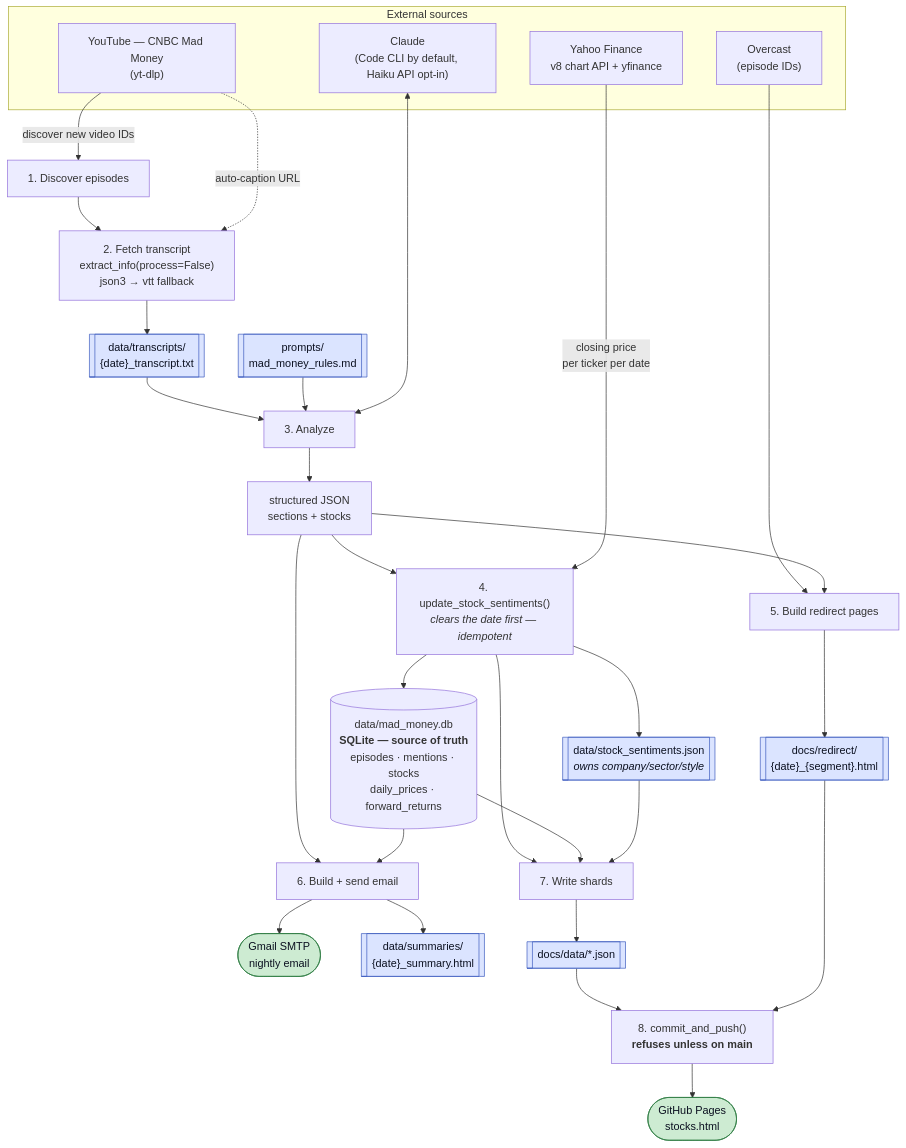
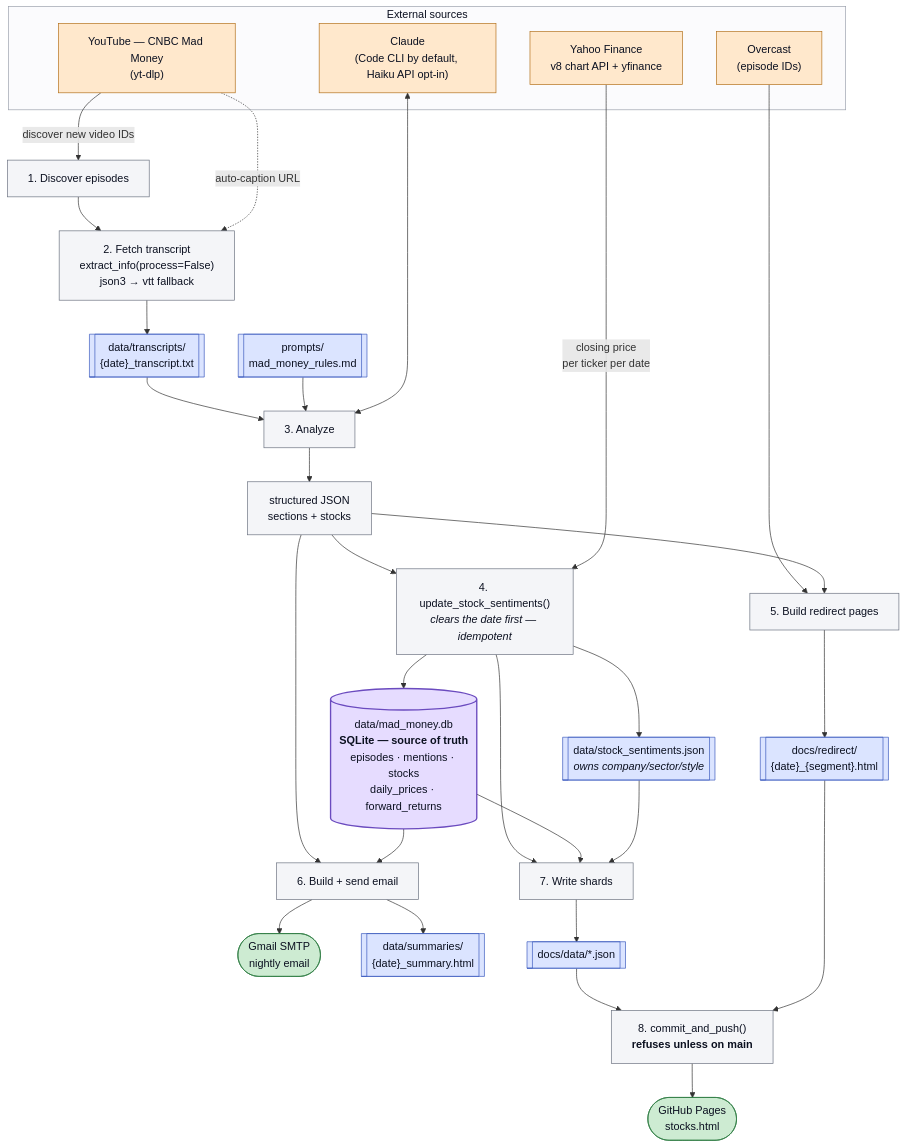
The first of 3 diagrams in notes/data-flow.md (jf-silverman/yt-words), drawn with Mermaid before and after one commit. The commit also changed other lines of this file, not shown here.

First line of the commit message:
data-flow: style every node so nothing inherits the dark theme

````diff
--- a/notes/data-flow.md
+++ b/notes/data-flow.md
@@ -10,50 +10,58 @@
 ```mermaid
 flowchart TD
     subgraph EXT["External sources"]
         YT["YouTube — CNBC Mad Money<br/>(yt-dlp)"]
         YF["Yahoo Finance<br/>v8 chart API + yfinance"]
         OC["Overcast<br/>(episode IDs)"]
         AN["Claude<br/>(Code CLI by default, Haiku API opt-in)"]
     end
 
     YT -->|"discover new video IDs"| DISC["1. Discover episodes"]
     DISC --> TR["2. Fetch transcript<br/>extract_info(process=False)<br/>json3 &rarr; vtt fallback"]
     YT -.->|"auto-caption URL"| TR
     TR --> TXT[["data/transcripts/<br/>{date}_transcript.txt"]]
 
     TXT --> ANA["3. Analyze"]
     RULES[["prompts/<br/>mad_money_rules.md"]] --> ANA
     AN <--> ANA
     ANA --> AJSON["structured JSON<br/>sections + stocks"]
 
     AJSON --> UPD["4. update_stock_sentiments()<br/><i>clears the date first &mdash; idempotent</i>"]
     YF -->|"closing price<br/>per ticker per date"| UPD
 
     UPD --> DB[("data/mad_money.db<br/><b>SQLite — source of truth</b><br/>episodes · mentions · stocks<br/>daily_prices · forward_returns")]
     UPD --> SS[["data/stock_sentiments.json<br/><i>owns company/sector/style</i>"]]
 
     OC --> RED["5. Build redirect pages"]
     AJSON --> RED
     RED --> RD[["docs/redirect/<br/>{date}_{segment}.html"]]
 
     AJSON --> EM["6. Build + send email"]
     DB --> EM
     EM --> MAIL(["Gmail SMTP<br/>nightly email"])
     EM --> SUM[["data/summaries/<br/>{date}_summary.html"]]
 
     UPD --> SHARD["7. Write shards"]
     DB --> SHARD
     SS --> SHARD
     SHARD --> DOCS[["docs/data/*.json"]]
 
     DOCS --> PUSH["8. commit_and_push()<br/><b>refuses unless on main</b>"]
     RD --> PUSH
     PUSH --> PAGES(["GitHub Pages<br/>stocks.html"])
 
-    %% Explicit color: on every classDef — a fill without one inherits the
-    %% viewer's theme text colour, which renders light-on-light in dark mode.
-    classDef store fill:#dbe4ff,stroke:#3b5bbf,stroke-width:1px,color:#0b1020
-    classDef out   fill:#cdebd2,stroke:#2f7d43,stroke-width:1px,color:#0b1020
+    %% Every node is styled explicitly, including `default`. Anything left unstyled
+    %% inherits the viewer's mermaid theme, which on GitHub in dark mode is a near-black
+    %% fill — unreadable next to these light ones. Every class below sets an explicit
+    %% text colour too, since a fill alone still inherits the theme's (light) text.
+    classDef default fill:#f4f5f8,stroke:#6b7280,stroke-width:1px,color:#0b1020
+    classDef store   fill:#dbe4ff,stroke:#3b5bbf,stroke-width:1px,color:#0b1020
+    classDef out     fill:#cdebd2,stroke:#2f7d43,stroke-width:1px,color:#0b1020
+    classDef ext     fill:#ffe8cc,stroke:#b3701a,stroke-width:1px,color:#0b1020
+    classDef store_db fill:#e6dcff,stroke:#6b4bbf,stroke-width:2px,color:#0b1020
     class TXT,SS,RD,SUM,DOCS,RULES store
     class MAIL,PAGES out
+    class YT,YF,OC,AN ext
+    class DB store_db
+    style EXT fill:#fbfbfd,stroke:#9aa0ac,color:#0b1020
 ```
````
